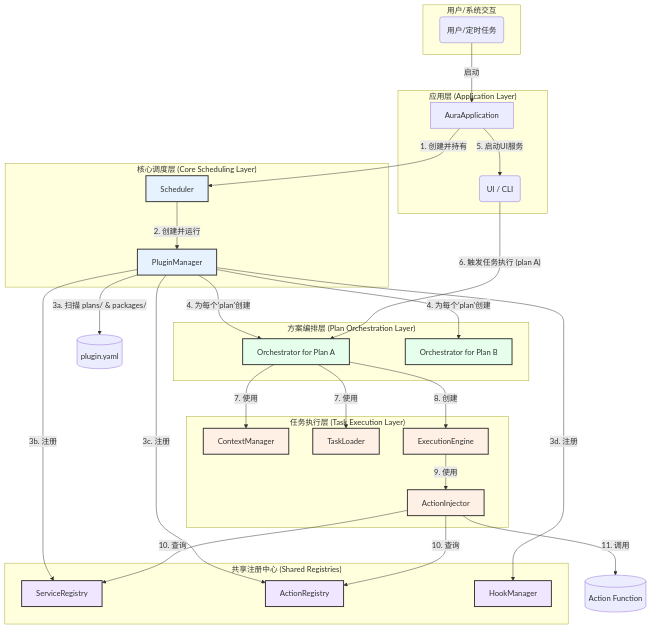
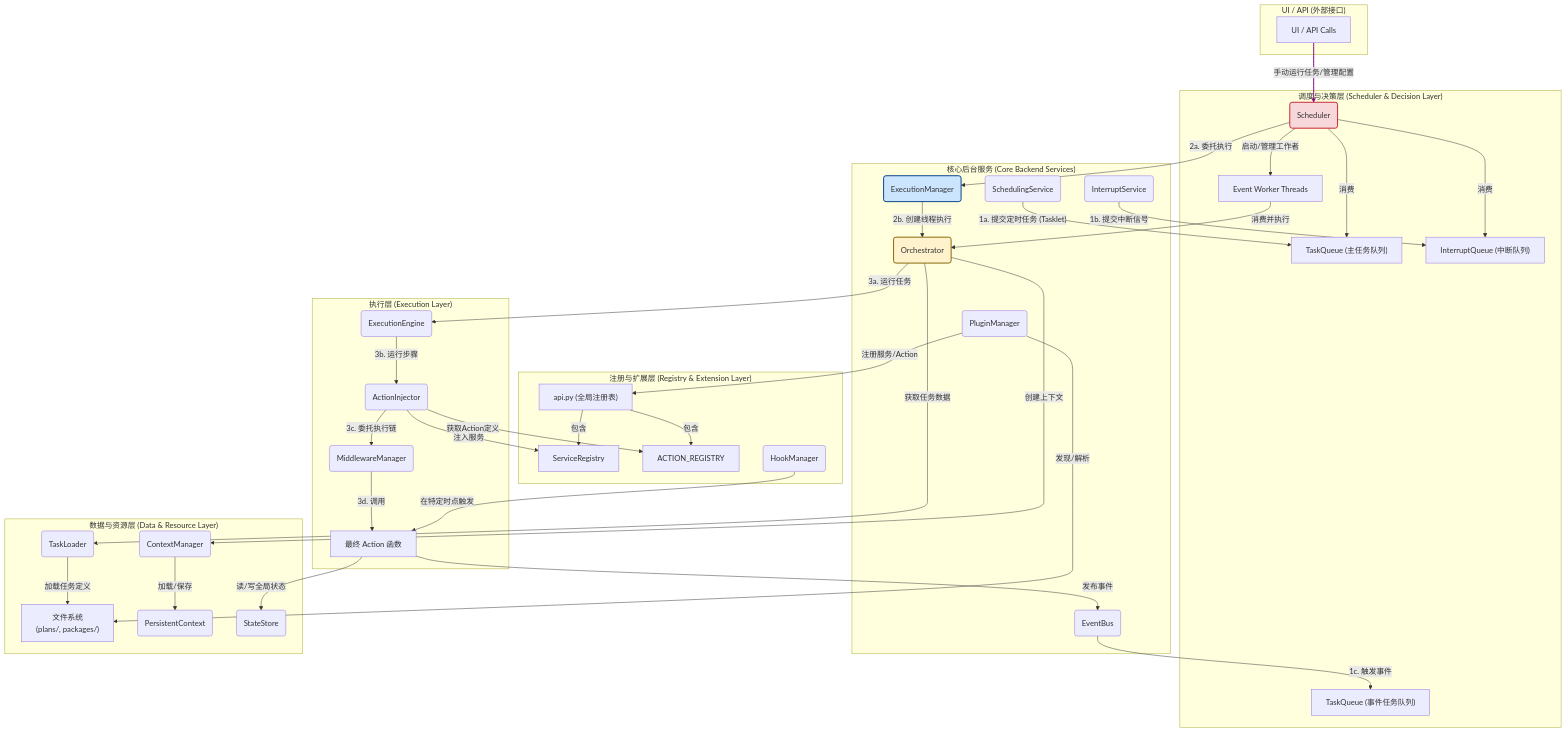
Before and after one commit to nightofknife/aura-framework: the diagram in readme/core_doc/part1.md, drawn with Mermaid. The commit also changed other lines of this file, not shown here.

Commit message:
修复部分文档。

````diff
--- a/readme/core_doc/part1.md
+++ b/readme/core_doc/part1.md
@@ -12,64 +55,88 @@
 ```mermaid
 graph TD
-    subgraph "用户/系统交互"
-        User(用户/定时任务)
+    subgraph "UI / API (外部接口)"
+        UI_API["UI / API Calls"]
     end
 
-    subgraph "应用层 (Application Layer)"
-        App[AuraApplication]
-        UI(UI / CLI)
+    subgraph "调度与决策层 (Scheduler & Decision Layer)"
+        Scheduler(Scheduler)
+        style Scheduler fill:#f8d7da,stroke:#c82333,stroke-width:2px
+        TaskQueue["TaskQueue (主任务队列)"]
+        InterruptQueue["InterruptQueue (中断队列)"]
+        EventTaskQueue["TaskQueue (事件任务队列)"]
+        
+        UI_API -- "手动运行任务/管理配置" --> Scheduler
+        Scheduler -- "消费" --> TaskQueue
+        Scheduler -- "消费" --> InterruptQueue
+        Scheduler -- "启动/管理工作者" --> EventWorkers["Event Worker Threads"]
     end
 
-    subgraph "核心调度层 (Core Scheduling Layer)"
-        Scheduler[Scheduler]
-        PluginManager[PluginManager]
+    subgraph "核心后台服务 (Core Backend Services)"
+        PluginManager(PluginManager)
+        ExecutionManager(ExecutionManager)
+        style ExecutionManager fill:#cce5ff,stroke:#004085,stroke-width:2px
+        SchedulingService(SchedulingService)
+        InterruptService(InterruptService)
+        
+        SchedulingService -- "1a. 提交定时任务 (Tasklet)" --> TaskQueue
+        InterruptService -- "1b. 提交中断信号" --> InterruptQueue
+        EventBus -- "1c. 触发事件" --> EventTaskQueue
+        
+        Scheduler -- "2a. 委托执行" --> ExecutionManager
+        ExecutionManager -- "2b. 创建线程执行" --> Orchestrator
+        EventWorkers -- "消费并执行" --> Orchestrator
     end
 
-    subgraph "方案编排层 (Plan Orchestration Layer)"
-        Orchestrator_A[Orchestrator for Plan A]
-        Orchestrator_B[Orchestrator for Plan B]
+    subgraph "执行层 (Execution Layer)"
+        Orchestrator(Orchestrator)
+        style Orchestrator fill:#fff2cc,stroke:#856404,stroke-width:2px
+        Engine(ExecutionEngine)
+        ActionInjector(ActionInjector)
+        
+        Orchestrator -- "3a. 运行任务" --> Engine
+        Engine -- "3b. 运行步骤" --> ActionInjector
+        ActionInjector -- "3c. 委托执行链" --> MiddlewareManager
+        MiddlewareManager -- "3d. 调用" --> ActionFunc["最终 Action 函数"]
     end
 
-    subgraph "任务执行层 (Task Execution Layer)"
-        ContextManager[ContextManager]
-        TaskLoader[TaskLoader]
-        ExecutionEngine[ExecutionEngine]
-        ActionInjector[ActionInjector]
+    subgraph "数据与资源层 (Data & Resource Layer)"
+        FileSystem["文件系统<br>(plans/, packages/)"]
+        ContextManager(ContextManager)
+        TaskLoader(TaskLoader)
+        PersistentContext(PersistentContext)
+        StateStore(StateStore)
+        
+        PluginManager -- "发现/解析" --> FileSystem
+        TaskLoader -- "加载任务定义" --> FileSystem
+        Orchestrator -- "获取任务数据" --> TaskLoader
+        Orchestrator -- "创建上下文" --> ContextManager
+        ContextManager -- "加载/保存" --> PersistentContext
+        ActionFunc -- "读/写全局状态" --> StateStore
+    end
+    
+    subgraph "注册与扩展层 (Registry & Extension Layer)"
+        Registries["api.py (全局注册表)"]
+        ServiceRegistry["ServiceRegistry"]
+        ACTION_REGISTRY["ACTION_REGISTRY"]
+        
+        MiddlewareManager(MiddlewareManager)
+        HookManager(HookManager)
+        EventBus(EventBus)
+        
+        PluginManager -- "注册服务/Action" --> Registries
+        Registries -- "包含" --> ServiceRegistry
+        Registries -- "包含" --> ACTION_REGISTRY
+        
+        ActionInjector -- "注入服务" --> ServiceRegistry
+        ActionInjector -- "获取Action定义" --> ACTION_REGISTRY
+        
+        ActionFunc -- "发布事件" --> EventBus
+        HookManager -- "在特定时点触发" --> ActionFunc
     end
 
-    subgraph "共享注册中心 (Shared Registries)"
-        ServiceRegistry[ServiceRegistry]
-        ActionRegistry[ActionRegistry]
-        HookManager[HookManager]
-    end
-
-    %% 流程与关系
-    User -- "启动" --> App
-    App -- "1. 创建并持有" --> Scheduler
-    Scheduler -- "2. 创建并运行" --> PluginManager
-    PluginManager -- "3a. 扫描 plans/ & packages/" --> Filesystem[(plugin.yaml)]
-    PluginManager -- "3b. 注册" --> ServiceRegistry
-    PluginManager -- "3c. 注册" --> ActionRegistry
-    PluginManager -- "3d. 注册" --> HookManager
-    PluginManager -- "4. 为每个'plan'创建" --> Orchestrator_A
-    PluginManager -- "4. 为每个'plan'创建" --> Orchestrator_B
-    App -- "5. 启动UI服务" --> UI
-    UI -- "6. 触发任务执行 (plan A)" --> Orchestrator_A
-
-    Orchestrator_A -- "7. 使用" --> ContextManager & TaskLoader
-    Orchestrator_A -- "8. 创建" --> ExecutionEngine
-    ExecutionEngine -- "9. 使用" --> ActionInjector
-    ActionInjector -- "10. 查询" --> ServiceRegistry & ActionRegistry
-    ActionInjector -- "11. 调用" --> PythonAction[(Action Function)]
-
-    %% 样式
-    classDef core fill:#e6f3ff,stroke:#333,stroke-width:2px;
-    classDef plan fill:#e6ffed,stroke:#333,stroke-width:2px;
-    classDef exec fill:#fff0e6,stroke:#333,stroke-width:2px;
-    classDef reg fill:#f0e6ff,stroke:#333,stroke-width:2px;
-
-    class Scheduler,PluginManager core;
-    class Orchestrator_A,Orchestrator_B plan;
-    class ContextManager,TaskLoader,ExecutionEngine,ActionInjector exec;
-    class ServiceRegistry,ActionRegistry,HookManager reg;
+    %% 关键数据流与依赖关系
+    linkStyle 0 stroke-width:2px,stroke:purple,fill:none;
+    linkStyle 1 stroke-width:1px,stroke:#333,fill:none;
+    linkStyle 2 stroke-width:1px,stroke:#333,fill:none;
+    linkStyle 3 stroke-width:1px,stroke:#333,fill:none;
 ```
````
